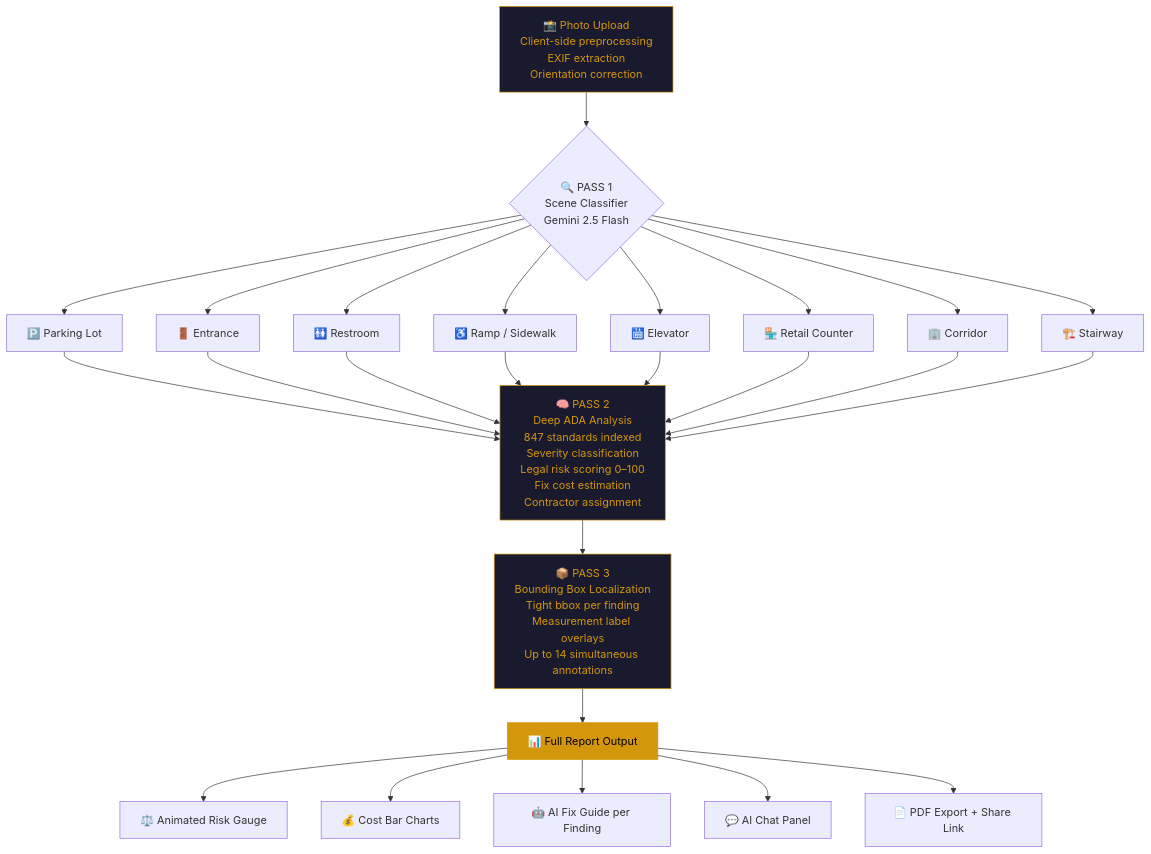
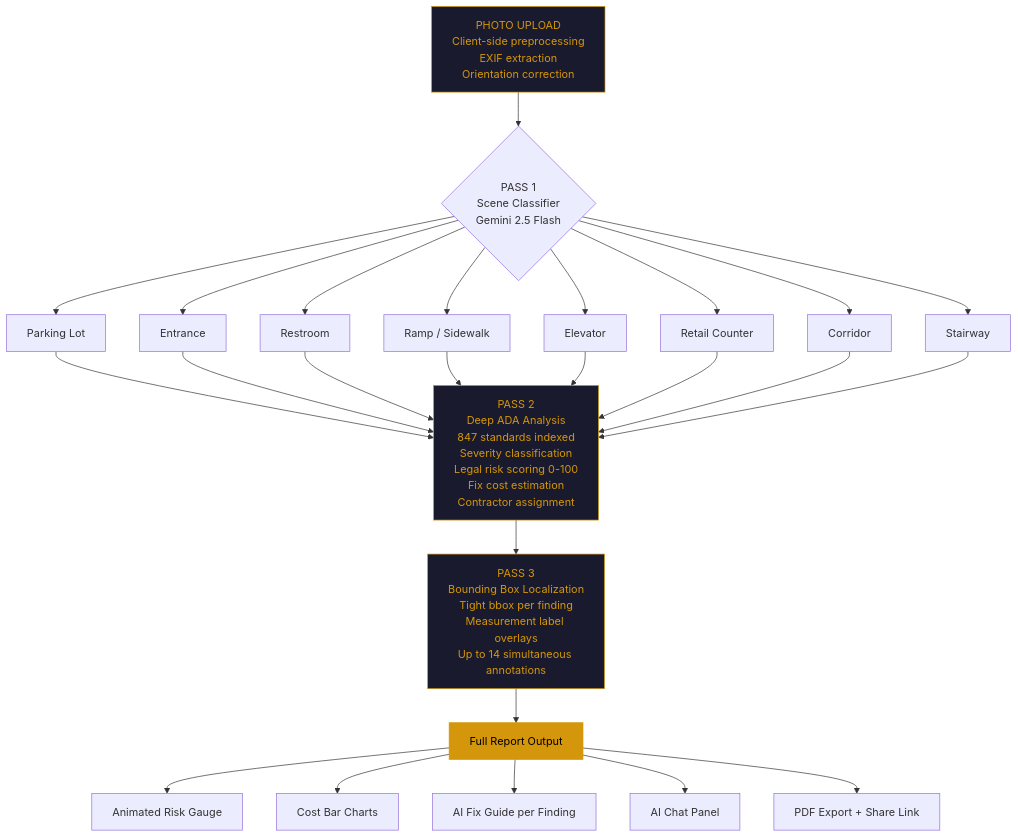
Before and after one commit to Iceman-Dann/AccessMap: the fourth of 12 diagrams in README.md, drawn with Mermaid. The commit also changed other lines of this file, not shown here.

````diff
--- a/README.md
+++ b/README.md
@@ -125,33 +125,33 @@
 ```mermaid
 flowchart TD
-    A[📸 Photo Upload\nClient-side preprocessing\nEXIF extraction\nOrientation correction] --> B
+    A[PHOTO UPLOAD\nClient-side preprocessing\nEXIF extraction\nOrientation correction] --> B
 
-    B{🔍 PASS 1\nScene Classifier\nGemini 2.5 Flash}
-    B --> C1[🅿️ Parking Lot]
-    B --> C2[🚪 Entrance]
-    B --> C3[🚻 Restroom]
-    B --> C4[♿ Ramp / Sidewalk]
-    B --> C5[🛗 Elevator]
-    B --> C6[🏪 Retail Counter]
-    B --> C7[🏢 Corridor]
-    B --> C8[🏗️ Stairway]
+    B{PASS 1\nScene Classifier\nGemini 2.5 Flash}
+    B --> C1[Parking Lot]
+    B --> C2[Entrance]
+    B --> C3[Restroom]
+    B --> C4[Ramp / Sidewalk]
+    B --> C5[Elevator]
+    B --> C6[Retail Counter]
+    B --> C7[Corridor]
+    B --> C8[Stairway]
 
     C1 & C2 & C3 & C4 & C5 & C6 & C7 & C8 --> D
 
-    D[🧠 PASS 2\nDeep ADA Analysis\n847 standards indexed\nSeverity classification\nLegal risk scoring 0–100\nFix cost estimation\nContractor assignment]
+    D[PASS 2\nDeep ADA Analysis\n847 standards indexed\nSeverity classification\nLegal risk scoring 0-100\nFix cost estimation\nContractor assignment]
 
-    D --> E[📦 PASS 3\nBounding Box Localization\nTight bbox per finding\nMeasurement label overlays\nUp to 14 simultaneous annotations]
+    D --> E[PASS 3\nBounding Box Localization\nTight bbox per finding\nMeasurement label overlays\nUp to 14 simultaneous annotations]
 
-    E --> F[📊 Full Report Output]
+    E --> F[Full Report Output]
 
-    F --> G1[⚖️ Animated Risk Gauge]
-    F --> G2[💰 Cost Bar Charts]
-    F --> G3[🤖 AI Fix Guide per Finding]
-    F --> G4[💬 AI Chat Panel]
-    F --> G5[📄 PDF Export + Share Link]
+    F --> G1[Animated Risk Gauge]
+    F --> G2[Cost Bar Charts]
+    F --> G3[AI Fix Guide per Finding]
+    F --> G4[AI Chat Panel]
+    F --> G5[PDF Export + Share Link]
 
     style A fill:#1a1a2e,color:#D4960A,stroke:#D4960A
     style D fill:#1a1a2e,color:#D4960A,stroke:#D4960A
     style E fill:#1a1a2e,color:#D4960A,stroke:#D4960A
     style F fill:#D4960A,color:#000,stroke:#D4960A
 ```
````
